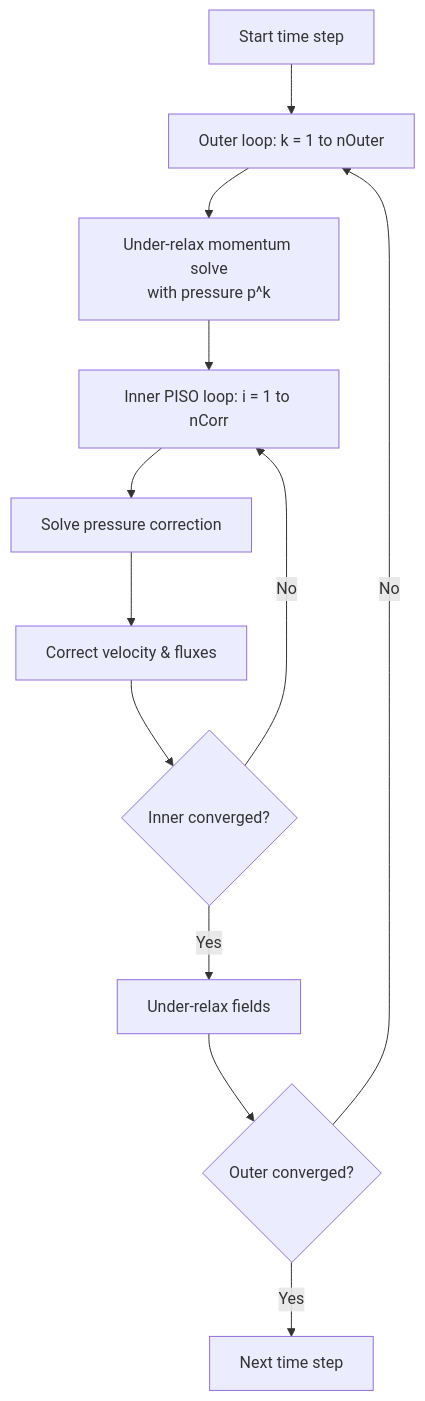
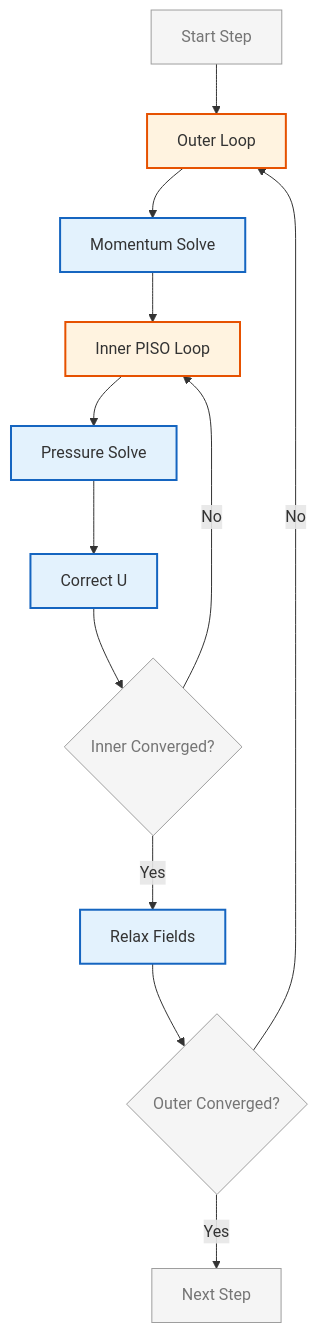
One commit to wramet/build-my-cfd changed the second of 2 diagrams in MODULE_03_SINGLE_PHASE_FLOW/CONTENT/02_PRESSURE_VELOCITY_COUPLING/00_Overview.md. Above: the diagram before and after it, drawn with Mermaid. The commit also changed other lines of this file and 313 other files, not shown here.

Commit message:
Revise all diagram

````diff
--- a/MODULE_03_SINGLE_PHASE_FLOW/CONTENT/02_PRESSURE_VELOCITY_COUPLING/00_Overview.md
+++ b/MODULE_03_SINGLE_PHASE_FLOW/CONTENT/02_PRESSURE_VELOCITY_COUPLING/00_Overview.md
@@ -141,14 +146,19 @@
 ```mermaid
 flowchart TD
-    A[Start time step] --> B[Outer loop: k = 1 to nOuter]
-    B --> C[Under-relax momentum solve<br/>with pressure p^k]
-    C --> D[Inner PISO loop: i = 1 to nCorr]
-    D --> E[Solve pressure correction]
-    E --> F[Correct velocity & fluxes]
-    F --> G{Inner converged?}
-    G -->|No| D
-    G -->|Yes| H[Under-relax fields]
-    H --> I{Outer converged?}
-    I -->|No| B
-    I -->|Yes| J[Next time step]
+%% Classes
+classDef explicit fill:#fff3e0,stroke:#e65100,stroke-width:2px;
+classDef implicit fill:#e3f2fd,stroke:#1565c0,stroke-width:2px;
+classDef context fill:#f5f5f5,stroke:#9e9e9e,stroke-width:1px,color:#757575;
+%% Nodes
+A[Start Step]:::context --> B[Outer Loop]:::explicit
+B --> C[Momentum Solve]:::implicit
+C --> D[Inner PISO Loop]:::explicit
+D --> E[Pressure Solve]:::implicit
+E --> F[Correct U]:::implicit
+F --> G{Inner Converged?}:::context
+G -->|No| D
+G -->|Yes| H[Relax Fields]:::implicit
+H --> I{Outer Converged?}:::context
+I -->|No| B
+I -->|Yes| J[Next Step]:::context
 ```
````
